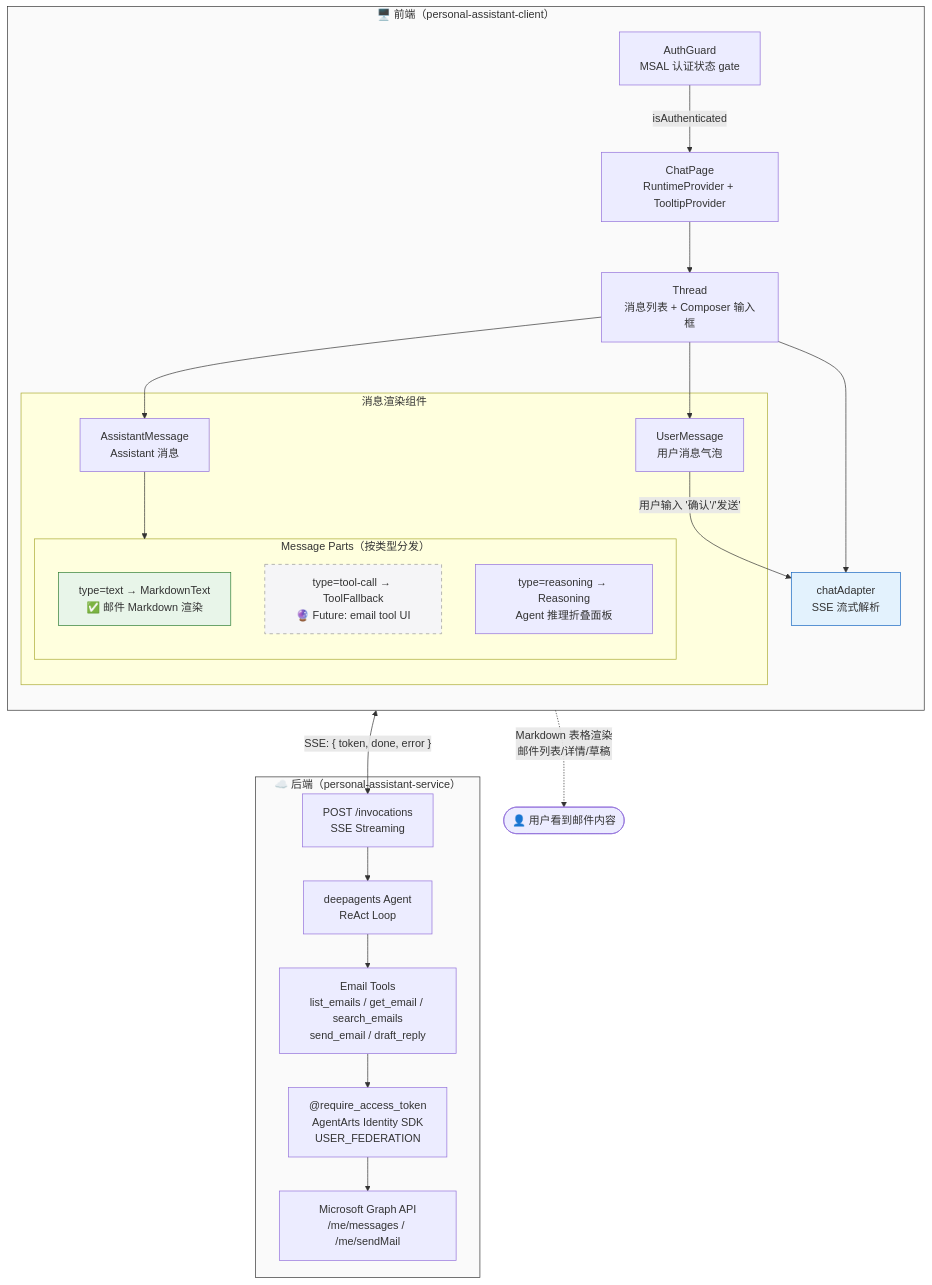
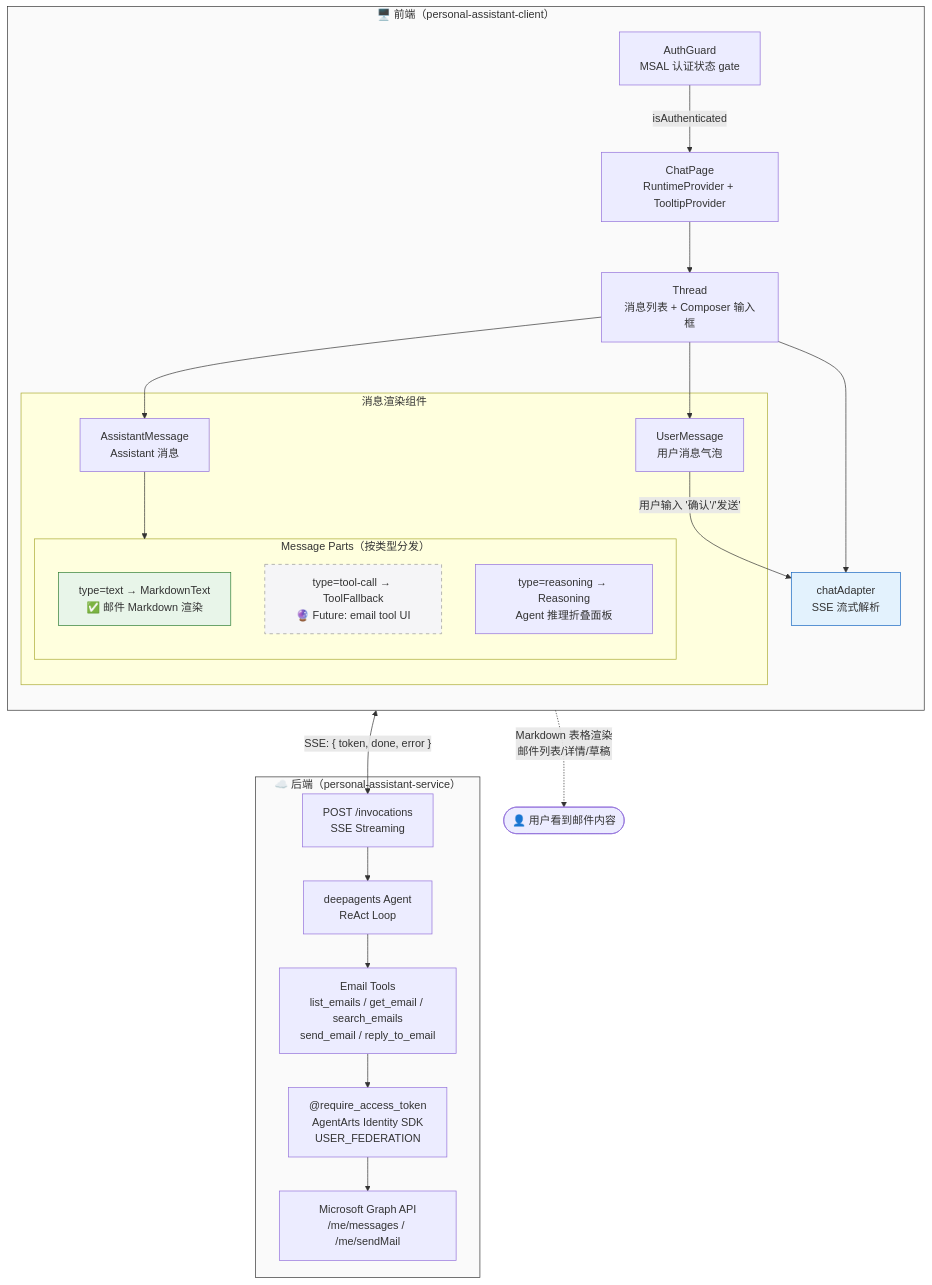
The fourth of 4 diagrams in personal-assistant-meta/issues/features/feature-10-outbound-email-obs/client-plan.md (T-1009/personal-assistant), drawn with Mermaid before and after one commit. The commit also changed other lines of this file and 4 other files, not shown here.

Commit message:
plan: feature-10a-outbound-email — propagate draft_reply→reply_to_email rename across all docs

````diff
--- a/personal-assistant-meta/issues/features/feature-10-outbound-email-obs/client-plan.md
+++ b/personal-assistant-meta/issues/features/feature-10-outbound-email-obs/client-plan.md
@@ -244,52 +244,52 @@
 ```mermaid
 flowchart TB
     subgraph Frontend["🖥️ 前端（personal-assistant-client）"]
         direction TB
 
         AuthGate["AuthGuard<br/>MSAL 认证状态 gate"]
         ChatPage["ChatPage<br/>RuntimeProvider + TooltipProvider"]
         Thread["Thread<br/>消息列表 + Composer 输入框"]
         Adapter["chatAdapter<br/>SSE 流式解析"]
 
         subgraph Components["消息渲染组件"]
             UserMsg["UserMessage<br/>用户消息气泡"]
             AsstMsg["AssistantMessage<br/>Assistant 消息"]
 
             subgraph Parts["Message Parts（按类型分发）"]
                 TextPart["type=text → MarkdownText<br/>✅ 邮件 Markdown 渲染"]
                 ToolPart["type=tool-call → ToolFallback<br/>🔮 Future: email tool UI"]
                 ReasoningPart["type=reasoning → Reasoning<br/>Agent 推理折叠面板"]
             end
         end
 
         AuthGate -->|"isAuthenticated"| ChatPage
         ChatPage --> Thread
         Thread --> Adapter
         Thread --> UserMsg
         Thread --> AsstMsg
         AsstMsg --> Parts
     end
 
     subgraph Backend["☁️ 后端（personal-assistant-service）"]
         FastAPI["POST /invocations<br/>SSE Streaming"]
         Agent["deepagents Agent<br/>ReAct Loop"]
-        Tools["Email Tools<br/>list_emails / get_email / search_emails<br/>send_email / draft_reply"]
+        Tools["Email Tools<br/>list_emails / get_email / search_emails<br/>send_email / reply_to_email"]
         Identity["@require_access_token<br/>AgentArts Identity SDK<br/>USER_FEDERATION"]
         GraphAPI["Microsoft Graph API<br/>/me/messages / /me/sendMail"]
     end
 
     Adapter <-->|"SSE: { token, done, error }"| FastAPI
     FastAPI --> Agent
     Agent --> Tools
     Tools --> Identity
     Identity --> GraphAPI
 
     TextPart -.->|"Markdown 表格渲染<br/>邮件列表/详情/草稿"| User(["👤 用户看到邮件内容"])
     UserMsg -->|"用户输入 '确认'/'发送'"| Adapter
 
     style ToolPart fill:#f5f5f7,stroke:#999,stroke-dasharray: 5 5
     style TextPart fill:#e8f5e9,stroke:#2e7d32
     style Adapter fill:#e3f2fd,stroke:#1565c0
     style Frontend fill:#fafafa,stroke:#333
     style Backend fill:#fafafa,stroke:#333
 ```
````
